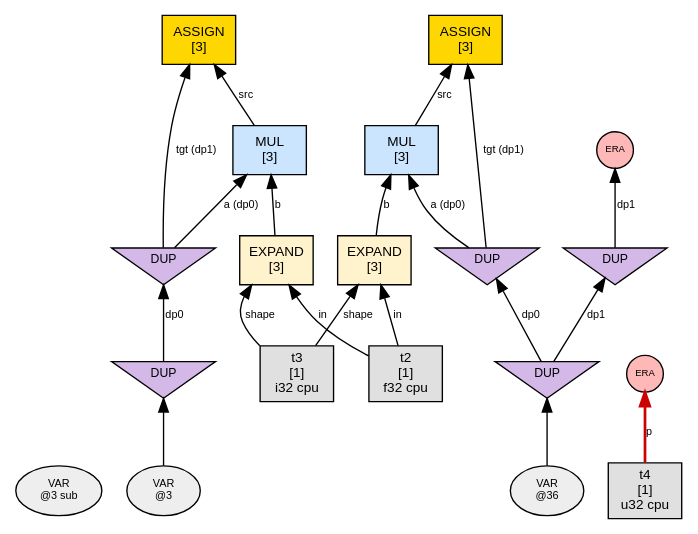
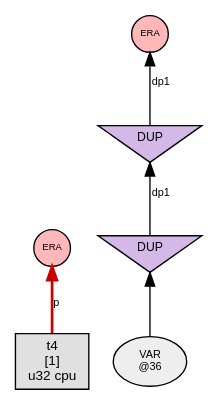
Before and after one commit to sw1sh/TinyHVM: the diagram in phase1_graphs/loop_assign_simple/n2_steps/step_006_interact_APP.dot, drawn with Graphviz. The commit also changed 117 other files, not shown here.

First line of the commit message:
docs: regenerate loop graphs with root-only fix

```diff
--- a/phase1_graphs/loop_assign_simple/n2_steps/step_006_interact_APP.dot
+++ b/phase1_graphs/loop_assign_simple/n2_steps/step_006_interact_APP.dot
@@ -1,46 +1,18 @@
 digraph G {
   // PREV_INTERACTION: interact_APP
   // NEXT_INTERACTION: interact_era_on_TEN
   rankdir=BT;
   node [fontname="Helvetica", fontsize=10, style=filled, shape=box, margin="0.1,0.05"];
   edge [fontsize=8, fontname="Helvetica"];
 
-  var3 [label="VAR\n@3 sub", shape=oval, fillcolor="#eeeeee", fontsize=8];
-  n10 [label="EXPAND\n[3]", shape=box, fillcolor="#fff3cd"];
-  t2 [label="t2\n[1]\nf32 cpu",shape=box,fillcolor="#e0e0e0"];
-  t2 -> n10 [label="in"];
-  t3 [label="t3\n[1]\ni32 cpu",shape=box,fillcolor="#e0e0e0"];
-  t3 -> n10 [label="shape"];
-  n14 [label="MUL\n[3]", shape=box, fillcolor="#cce5ff"];
-  dup8 [label="DUP", shape=invtriangle, fillcolor="#d4b8e8", fontsize=9, width=0.7, height=0.5];
-  dup7 -> dup8 [label="dp0"];
-  dup7 [label="DUP", shape=invtriangle, fillcolor="#d4b8e8", fontsize=9, width=0.7, height=0.5];
-  var7 [label="VAR\n@3", shape=oval, fillcolor="#eeeeee", fontsize=8];
-  var7 -> dup7;
-  dup8 -> n14 [label="a (dp0)"];
-  n10 -> n14 [label="b"];
-  n18 [label="ASSIGN\n[3]", shape=box, fillcolor="#ffd700"];
-  dup8 -> n18 [label="tgt (dp1)"];
-  n14 -> n18 [label="src"];
-  n47 [label="ASSIGN\n[3]", shape=box, fillcolor="#ffd700"];
-  dup49 [label="DUP", shape=invtriangle, fillcolor="#d4b8e8", fontsize=9, width=0.7, height=0.5];
-  dup42 -> dup49 [label="dp0"];
-  dup42 [label="DUP", shape=invtriangle, fillcolor="#d4b8e8", fontsize=9, width=0.7, height=0.5];
-  var42 [label="VAR\n@36", shape=oval, fillcolor="#eeeeee", fontsize=8];
-  var42 -> dup42;
-  dup49 -> n47 [label="tgt (dp1)"];
-  n50 -> n47 [label="src"];
-  n50 [label="MUL\n[3]", shape=box, fillcolor="#cce5ff"];
-  dup49 -> n50 [label="a (dp0)"];
-  n52 -> n50 [label="b"];
-  n52 [label="EXPAND\n[3]", shape=box, fillcolor="#fff3cd"];
-  t2 -> n52 [label="in"];
-  t3 -> n52 [label="shape"];
   era59 [label="ERA",shape=circle,width=0.38,height=0.38,fixedsize=true,fillcolor="#ffb8b8",fontsize=7];
   t4 [label="t4\n[1]\nu32 cpu",shape=box,fillcolor="#e0e0e0"];
   t4 -> era59 [label="p",color="#cc0000",penwidth=2.0];
   era61 [label="ERA",shape=circle,width=0.38,height=0.38,fixedsize=true,fillcolor="#ffb8b8",fontsize=7];
   dup41 [label="DUP", shape=invtriangle, fillcolor="#d4b8e8", fontsize=9, width=0.7, height=0.5];
   dup42 -> dup41 [label="dp1"];
+  dup42 [label="DUP", shape=invtriangle, fillcolor="#d4b8e8", fontsize=9, width=0.7, height=0.5];
+  var42 [label="VAR\n@36", shape=oval, fillcolor="#eeeeee", fontsize=8];
+  var42 -> dup42;
   dup41 -> era61 [label="dp1"];
 }
```
